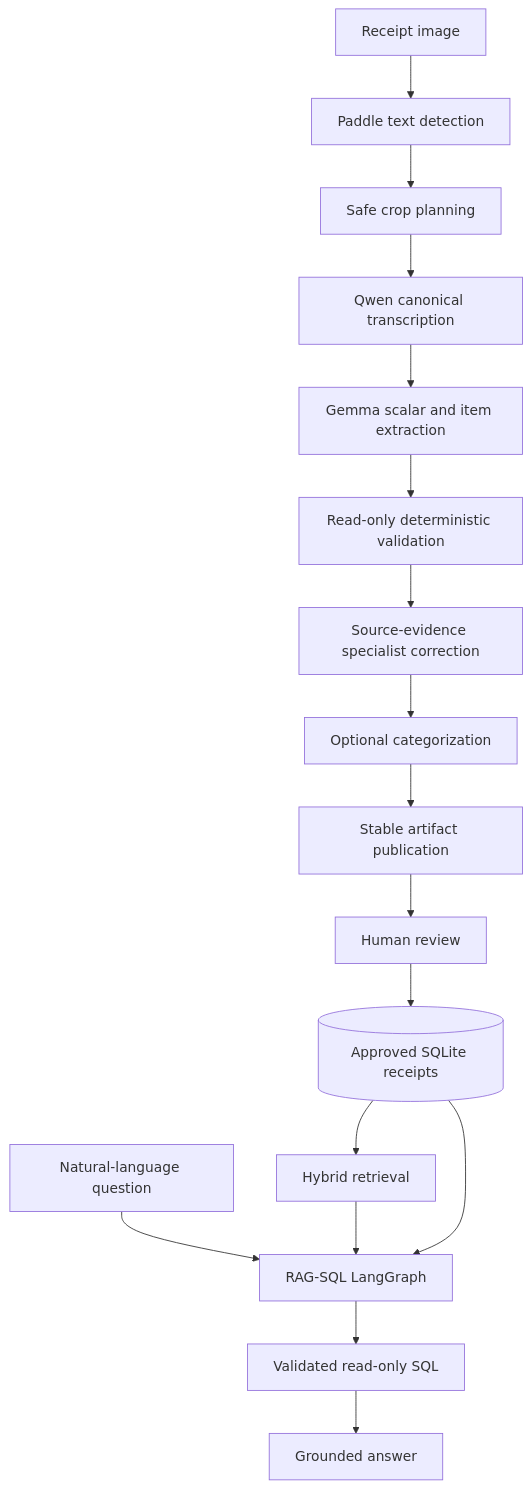
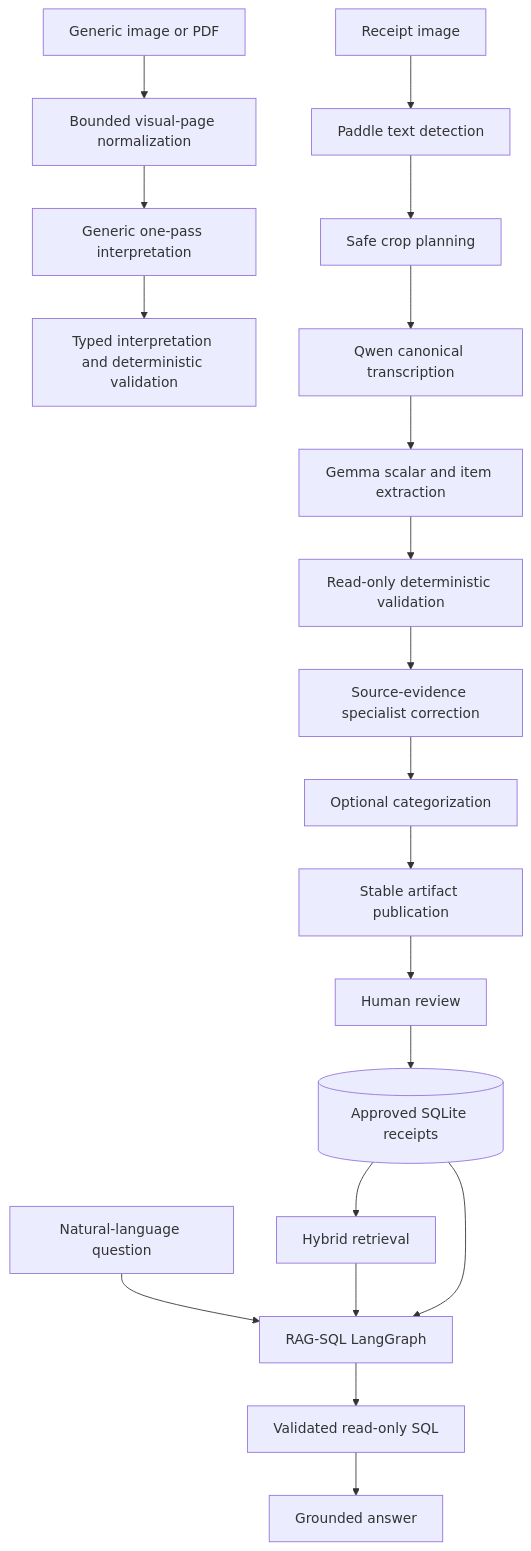
Before and after one commit to ftolou/document-intelligence: the diagram in docs/ARCHITECTURE.md, drawn with Mermaid. The commit also changed other lines of this file and 6 other files, not shown here.

Commit message:
Issue #20: [P1] Expose a stable generic document interpretation application API while preserving receipt extraction (#41)

````diff
--- a/docs/ARCHITECTURE.md
+++ b/docs/ARCHITECTURE.md
@@ -3,20 +3,24 @@
 ```mermaid
 flowchart TD
+    P[Generic image or PDF] --> R[Bounded visual-page normalization]
+    R --> S[Generic one-pass interpretation]
+    S --> T[Typed interpretation and deterministic validation]
+
     A[Receipt image] --> B[Paddle text detection]
     B --> C[Safe crop planning]
     C --> D[Qwen canonical transcription]
     D --> E[Gemma scalar and item extraction]
     E --> F[Read-only deterministic validation]
     F --> G[Source-evidence specialist correction]
     G --> H[Optional categorization]
     H --> I[Stable artifact publication]
     I --> J[Human review]
     J --> K[(Approved SQLite receipts)]
 
     Q[Natural-language question] --> L[RAG-SQL LangGraph]
     K --> M[Hybrid retrieval]
     M --> L
     K --> L
     L --> N[Validated read-only SQL]
     N --> O[Grounded answer]
 ```
````
